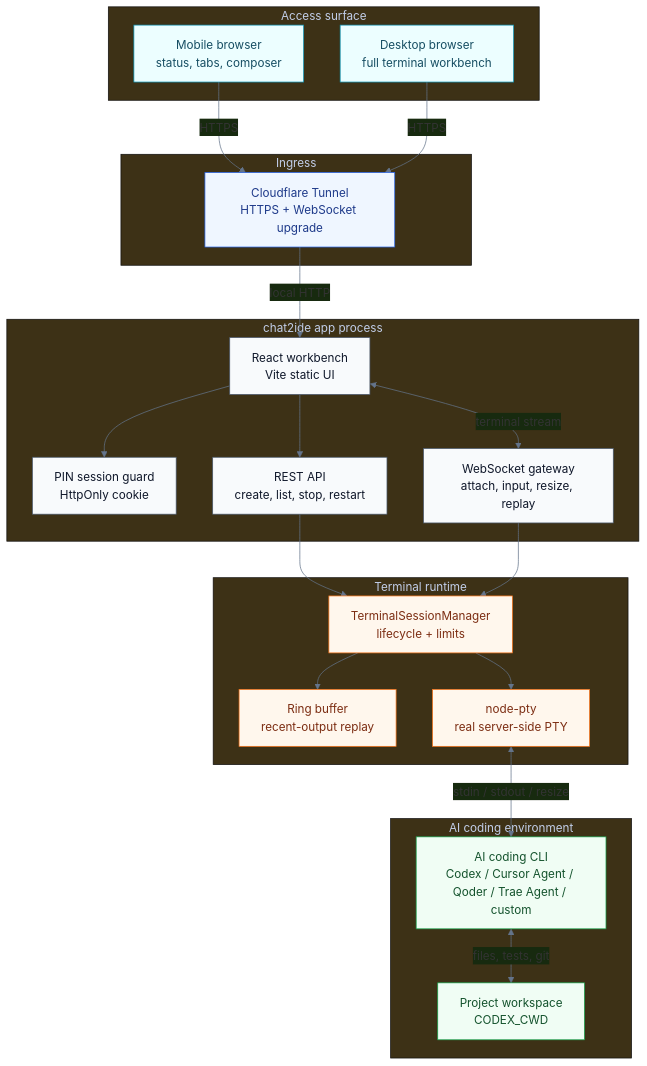
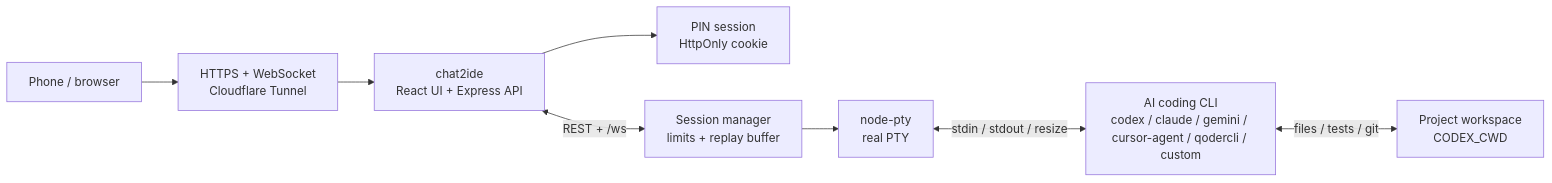
One commit to oceanusXXD/chat2ide changed the first of 2 diagrams in README.en.md. Above: the diagram before and after it, drawn with Mermaid. The commit also changed other lines of this file and 2 other files, not shown here.

Commit message:
Document AI coding CLI integration boundaries

````diff
--- a/README.en.md
+++ b/README.en.md
@@ -117,54 +294,10 @@
 ```mermaid
-%%{init: {"theme": "base", "themeVariables": {"fontFamily": "Inter, ui-sans-serif, system-ui", "primaryColor": "#0f172a", "lineColor": "#64748b"}}}%%
-flowchart TB
-  subgraph Surface["Access surface"]
-    Mobile["Mobile browser<br/>status, tabs, composer"]
-    Desktop["Desktop browser<br/>full terminal workbench"]
-  end
-
-  subgraph Ingress["Ingress"]
-    Tunnel["Cloudflare Tunnel<br/>HTTPS + WebSocket upgrade"]
-  end
-
-  subgraph App["chat2ide app process"]
-    UI["React workbench<br/>Vite static UI"]
-    Auth["PIN session guard<br/>HttpOnly cookie"]
-    API["REST API<br/>create, list, stop, restart"]
-    WSGW["WebSocket gateway<br/>attach, input, resize, replay"]
-  end
-
-  subgraph Runtime["Terminal runtime"]
-    Manager["TerminalSessionManager<br/>lifecycle + limits"]
-    Buffer["Ring buffer<br/>recent-output replay"]
-    PTY["node-pty<br/>real server-side PTY"]
-  end
-
-  subgraph Coding["AI coding environment"]
-    CLI["AI coding CLI<br/>Codex / Cursor Agent / Qoder / Trae Agent / custom"]
-    Repo["Project workspace<br/>CODEX_CWD"]
-  end
-
-  Mobile -->|HTTPS| Tunnel
-  Desktop -->|HTTPS| Tunnel
-  Tunnel -->|local HTTP| UI
-  UI --> Auth
-  UI --> API
-  UI <-->|terminal stream| WSGW
-  API --> Manager
-  WSGW --> Manager
-  Manager --> Buffer
-  Manager --> PTY
-  PTY <-->|stdin / stdout / resize| CLI
-  CLI <-->|files, tests, git| Repo
-
-  classDef surface fill:#ecfeff,stroke:#0891b2,color:#164e63
-  classDef ingress fill:#eff6ff,stroke:#2563eb,color:#1e3a8a
-  classDef app fill:#f8fafc,stroke:#475569,color:#0f172a
-  classDef runtime fill:#fff7ed,stroke:#f97316,color:#7c2d12
-  classDef coding fill:#f0fdf4,stroke:#16a34a,color:#14532d
-  class Mobile,Desktop surface
-  class Tunnel ingress
-  class UI,Auth,API,WSGW app
-  class Manager,Buffer,PTY runtime
-  class CLI,Repo coding
+flowchart LR
+  Browser["Phone / browser"] --> Tunnel["HTTPS + WebSocket<br/>Cloudflare Tunnel"]
+  Tunnel --> App["chat2ide<br/>React UI + Express API"]
+  App --> Auth["PIN session<br/>HttpOnly cookie"]
+  App <-->|REST + /ws| Manager["Session manager<br/>limits + replay buffer"]
+  Manager --> PTY["node-pty<br/>real PTY"]
+  PTY <-->|stdin / stdout / resize| CLI["AI coding CLI<br/>codex / claude / gemini / cursor-agent / qodercli / custom"]
+  CLI <-->|files / tests / git| Repo["Project workspace<br/>CODEX_CWD"]
 ```
````
